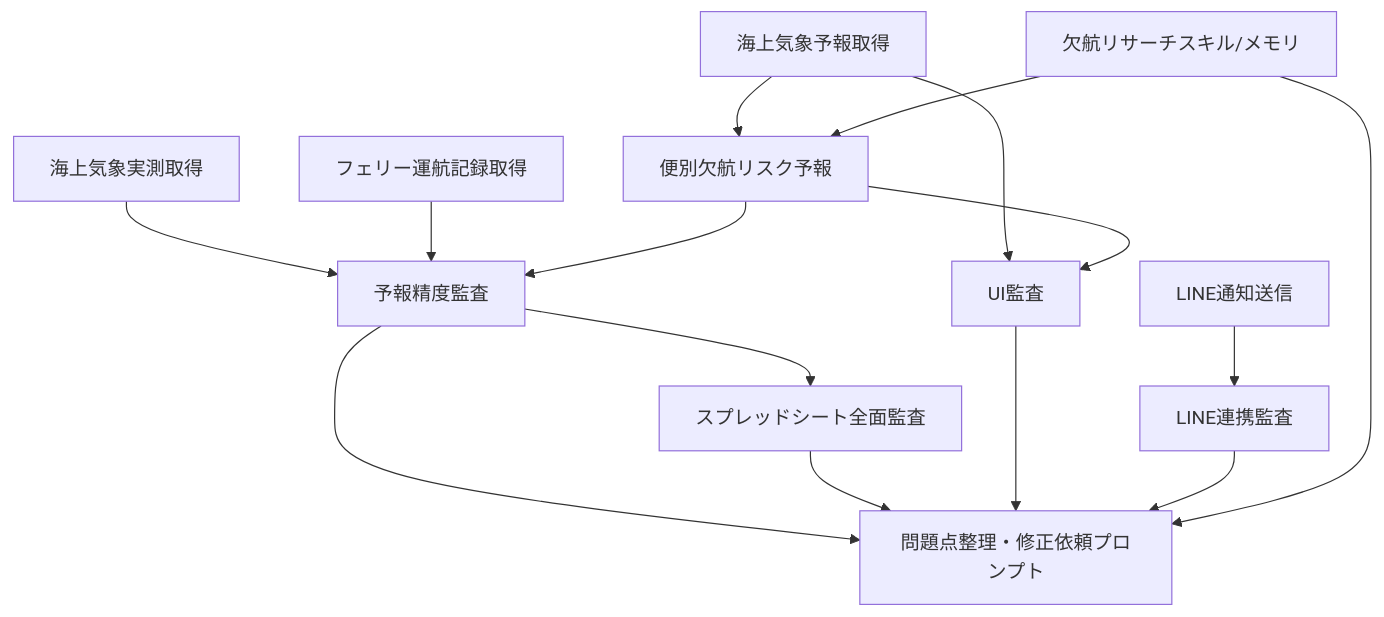
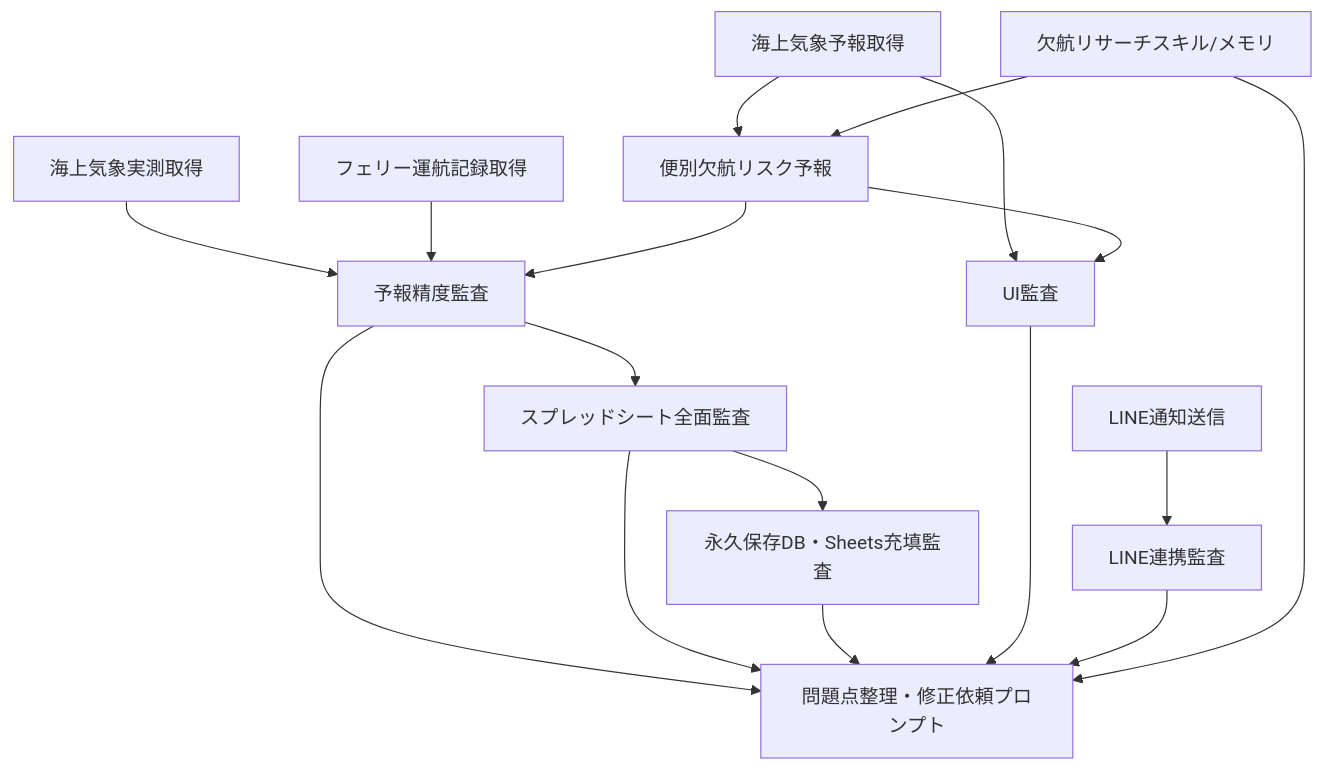
One commit to famosoyuhei/hokkaido_ferry_forecast changed the diagram in docs/ai_employees/automation_blueprint.md. Above: the diagram before and after it, drawn with Mermaid. The commit also changed other lines of this file and 6 other files, not shown here.

````diff
--- a/docs/ai_employees/automation_blueprint.md
+++ b/docs/ai_employees/automation_blueprint.md
@@ -26,17 +27,19 @@
 ```mermaid
 flowchart TD
     Forecast["海上気象予報取得"] --> Risk["便別欠航リスク予報"]
     Forecast --> UIMon["UI監査"]
     ActualWeather["海上気象実測取得"] --> Audit["予報精度監査"]
     FerryOps["フェリー運航記録取得"] --> Audit
     Risk --> Audit
     Audit --> SheetAudit["スプレッドシート全面監査"]
+    SheetAudit --> FillAudit["永久保存DB・Sheets充填監査"]
     Risk --> UIMon
     Audit --> Prompt["問題点整理・修正依頼プロンプト"]
     SheetAudit --> Prompt
+    FillAudit --> Prompt
     UIMon --> Prompt
     LineNotif["LINE通知送信"] --> LineAudit["LINE連携監査"]
     LineAudit --> Prompt
     Research["欠航リサーチスキル/メモリ"] --> Prompt
     Research --> Risk
 ```
````
